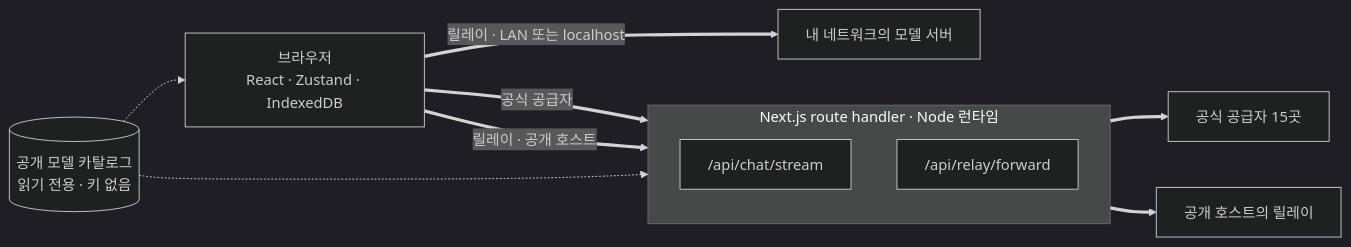
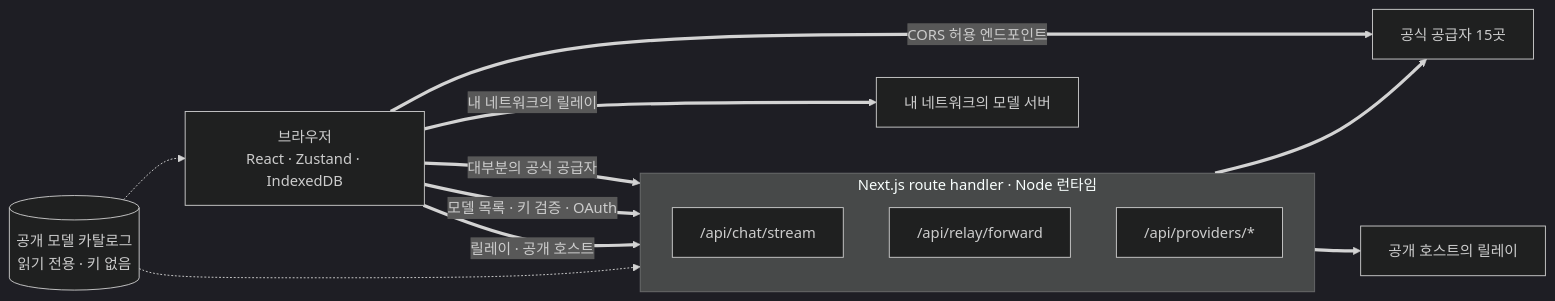
One commit to oriveo/oriveo changed the first of 2 diagrams in readme_i18n/ko/web.md. Above: the diagram before and after it, drawn with Mermaid (dark theme). The commit also changed other lines of this file and 62 other files, not shown here.

````diff
--- a/readme_i18n/ko/web.md
+++ b/readme_i18n/ko/web.md
@@ -61,21 +61,24 @@
 ```mermaid
 flowchart LR
     browser["브라우저<br/>React · Zustand · IndexedDB"]
 
     subgraph server ["Next.js route handler · Node 런타임"]
         direction TB
         chat["/api/chat/stream"]
         fwd["/api/relay/forward"]
+        prov["/api/providers/*"]
     end
 
     official["공식 공급자 15곳"]
     pubrelay["공개 호스트의 릴레이"]
     lan["내 네트워크의 모델 서버"]
     catalog[("공개 모델 카탈로그<br/>읽기 전용 · 키 없음")]
 
-    browser ==>|"공식 공급자"| chat ==> official
+    browser ==>|"대부분의 공식 공급자"| chat ==> official
+    browser ==>|"모델 목록 · 키 검증 · OAuth"| prov
     browser ==>|"릴레이 · 공개 호스트"| fwd ==> pubrelay
-    browser ==>|"릴레이 · LAN 또는 localhost"| lan
+    browser ==>|"내 네트워크의 릴레이"| lan
+    browser ==>|"CORS 허용 엔드포인트"| official
     catalog -.-> browser
     catalog -.-> chat
 ```
````
